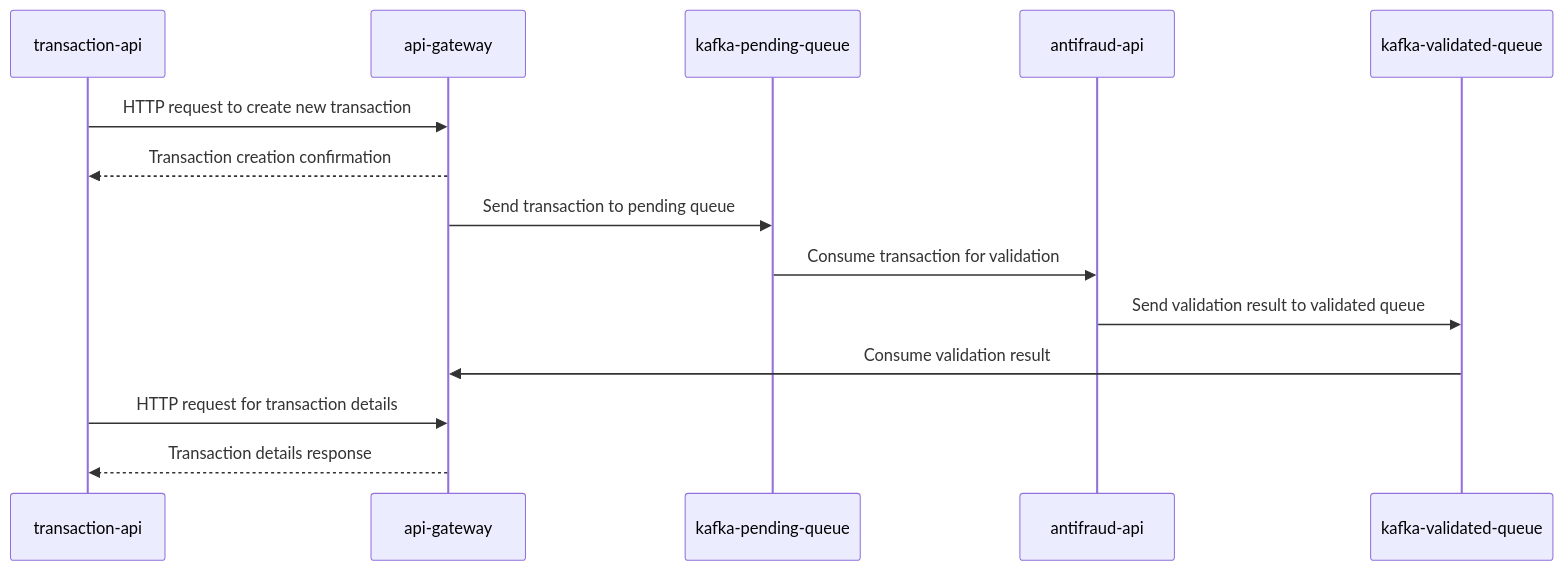
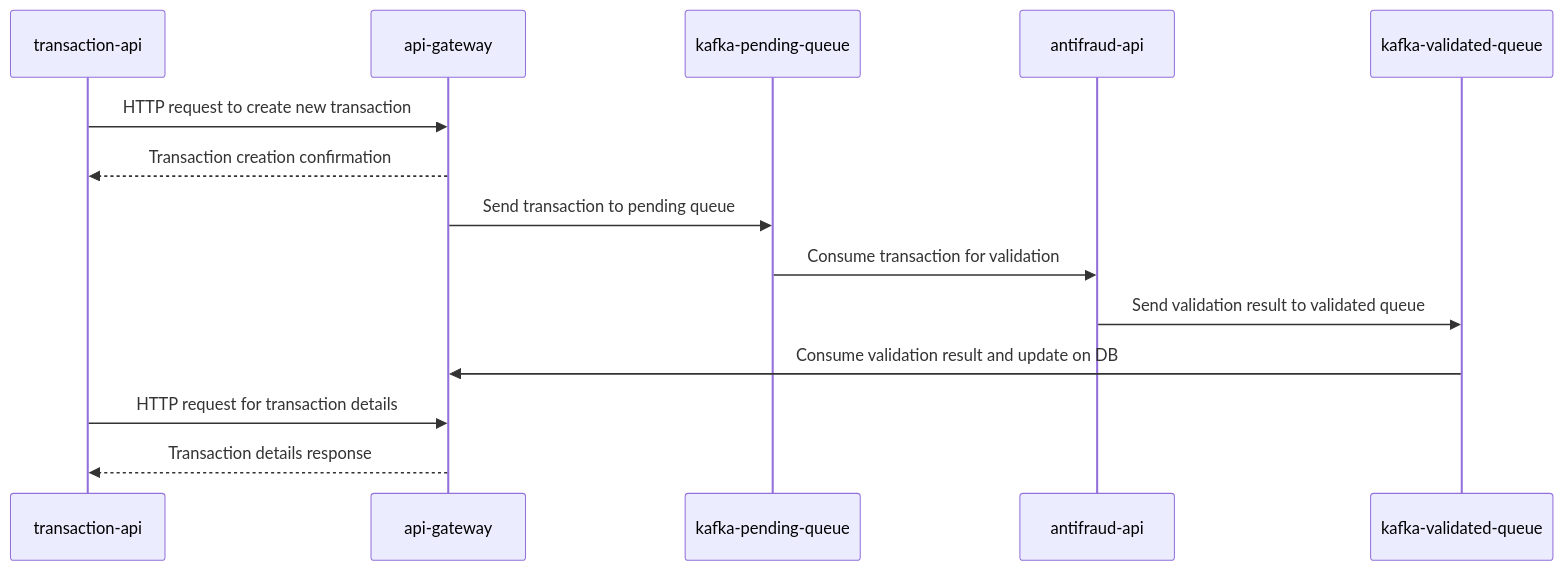
Before and after one commit to garciagf05/app-nodejs-codechallenge: the second of 2 diagrams in README.md, drawn with Mermaid.

````diff
--- a/README.md
+++ b/README.md
@@ -97,17 +97,17 @@
 ```mermaid
   sequenceDiagram
     participant transaction-api
     participant api-gateway
     participant kafka-pending-queue
     participant antifraud-api
     participant kafka-validated-queue
 
     transaction-api->>api-gateway: HTTP request to create new transaction
     api-gateway-->>transaction-api: Transaction creation confirmation
     api-gateway->>kafka-pending-queue: Send transaction to pending queue
     kafka-pending-queue->>antifraud-api: Consume transaction for validation
     antifraud-api->>kafka-validated-queue: Send validation result to validated queue
-    kafka-validated-queue->>api-gateway: Consume validation result
+    kafka-validated-queue->>api-gateway: Consume validation result and update on DB
     transaction-api->>api-gateway: HTTP request for transaction details
     api-gateway-->>transaction-api: Transaction details response
 ```
````
